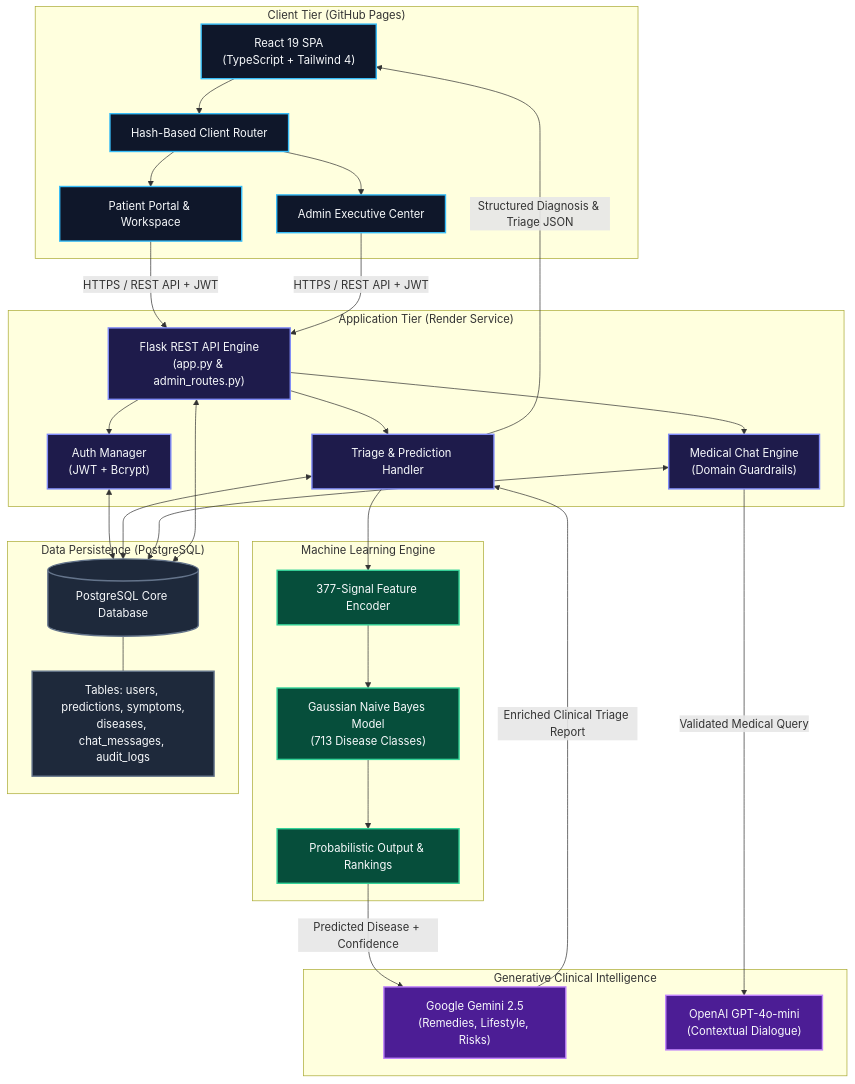
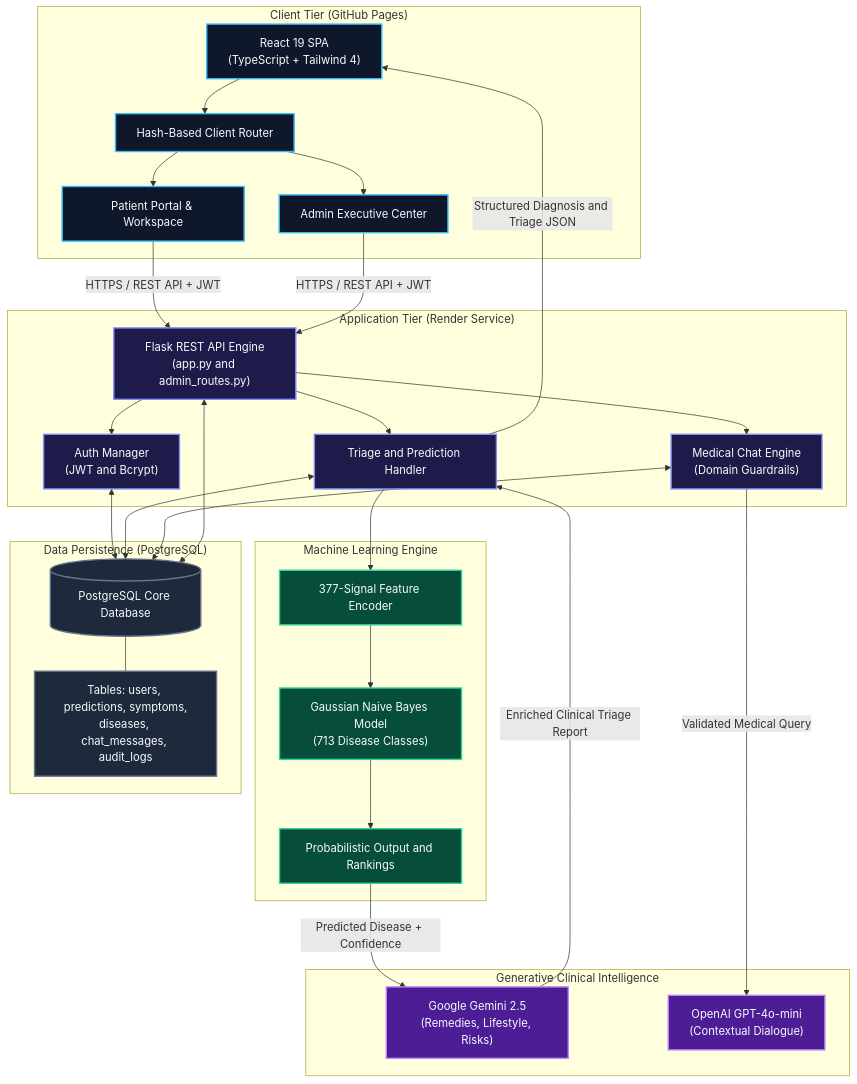
Before and after one commit to theneerajgrover/CareTrackAI: the diagram in README.md, drawn with Mermaid. The commit also changed other lines of this file, not shown here.

Commit message:
fix(docs): resolve SVG XML entity parse error in header banner and typing SVG

````diff
--- a/README.md
+++ b/README.md
@@ -161,65 +161,70 @@
 ```mermaid
 flowchart TD
     classDef client fill:#0f172a,stroke:#38bdf8,stroke-width:2px,color:#f8fafc;
     classDef backend fill:#1e1b4b,stroke:#818cf8,stroke-width:2px,color:#f8fafc;
     classDef ml fill:#064e3b,stroke:#34d399,stroke-width:2px,color:#f8fafc;
     classDef genai fill:#4c1d95,stroke:#c084fc,stroke-width:2px,color:#f8fafc;
     classDef db fill:#1e293b,stroke:#64748b,stroke-width:2px,color:#f8fafc;
 
     subgraph UserInterface["Client Tier (GitHub Pages)"]
         UI["React 19 SPA<br/>(TypeScript + Tailwind 4)"]:::client
         Portal["Patient Portal & Workspace"]:::client
         AdminUI["Admin Executive Center"]:::client
         Router["Hash-Based Client Router"]:::client
     end
 
     subgraph APITier["Application Tier (Render Service)"]
-        API["Flask REST API Engine<br/>(app.py & admin_routes.py)"]:::backend
-        AuthService["Auth Manager<br/>(JWT + Bcrypt)"]:::backend
+        API["Flask REST API Engine<br/>(app.py and admin_routes.py)"]:::backend
+        AuthService["Auth Manager<br/>(JWT and Bcrypt)"]:::backend
         ChatService["Medical Chat Engine<br/>(Domain Guardrails)"]:::backend
-        TriageService["Triage & Prediction Handler"]:::backend
+        TriageService["Triage and Prediction Handler"]:::backend
     end
 
     subgraph MLEngine["Machine Learning Engine"]
         Vectorizer["377-Signal Feature Encoder"]:::ml
         GNB["Gaussian Naive Bayes Model<br/>(713 Disease Classes)"]:::ml
-        ProbDist["Probabilistic Output & Rankings"]:::ml
+        ProbDist["Probabilistic Output and Rankings"]:::ml
     end
 
     subgraph GenerativeAI["Generative Clinical Intelligence"]
         Gemini["Google Gemini 2.5<br/>(Remedies, Lifestyle, Risks)"]:::genai
         OpenAI["OpenAI GPT-4o-mini<br/>(Contextual Dialogue)"]:::genai
     end
 
     subgraph DataTier["Data Persistence (PostgreSQL)"]
         DB[(PostgreSQL Core Database)]:::db
         Tables["Tables: users, predictions, symptoms,<br/>diseases, chat_messages, audit_logs"]:::db
     end
 
     %% Client Interactions
     UI --> Router
-    Router --> Portal & AdminUI
-    Portal & AdminUI -->|"HTTPS / REST API + JWT"| API
+    Router --> Portal
+    Router --> AdminUI
+    Portal -->|"HTTPS / REST API + JWT"| API
+    AdminUI -->|"HTTPS / REST API + JWT"| API
 
     %% Backend Routing
     API --> AuthService
     API --> TriageService
     API --> ChatService
 
-    %% Triage & ML Flow
+    %% Triage and ML Flow
     TriageService --> Vectorizer
     Vectorizer --> GNB
     GNB --> ProbDist
     ProbDist -->|"Predicted Disease + Confidence"| Gemini
     Gemini -->|"Enriched Clinical Triage Report"| TriageService
 
     %% Chatbot Flow
     ChatService -->|"Validated Medical Query"| OpenAI
 
     %% Data Persistence Flow
-    AuthService & TriageService & ChatService & API <--> DB
+    AuthService <--> DB
+    TriageService <--> DB
+    ChatService <--> DB
+    API <--> DB
     DB --- Tables
 
     %% Delivery Back
-    TriageService -->|"Structured Diagnosis & Triage JSON"| UI
+    TriageService -->|"Structured Diagnosis and Triage JSON"| UI
 ```
````
